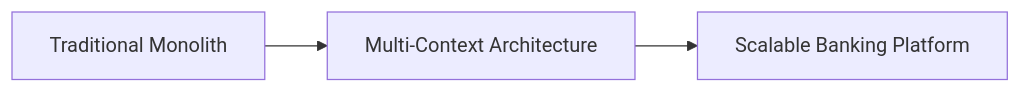
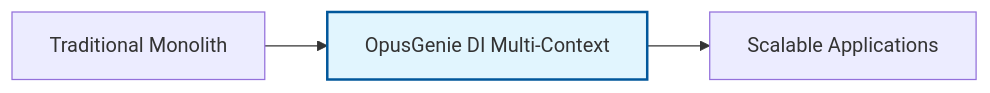
One commit to krabhishek/opusgenie-di changed the first of 4 diagrams in docs/index.md. Above: the diagram before and after it, drawn with Mermaid. The commit also changed other lines of this file and 6 other files, not shown here.

````diff
--- a/docs/index.md
+++ b/docs/index.md
@@ -34,5 +43,6 @@
 ```mermaid
 graph LR
-    A[Traditional Monolith] --> B[Multi-Context Architecture]
-    B --> C[Scalable Banking Platform]
+    A[Traditional Monolith] --> B[OpusGenie DI Multi-Context] --> C[Scalable Applications]
+    
+    style B fill:#e1f5fe,stroke:#01579b,stroke-width:2px
 ```
````
